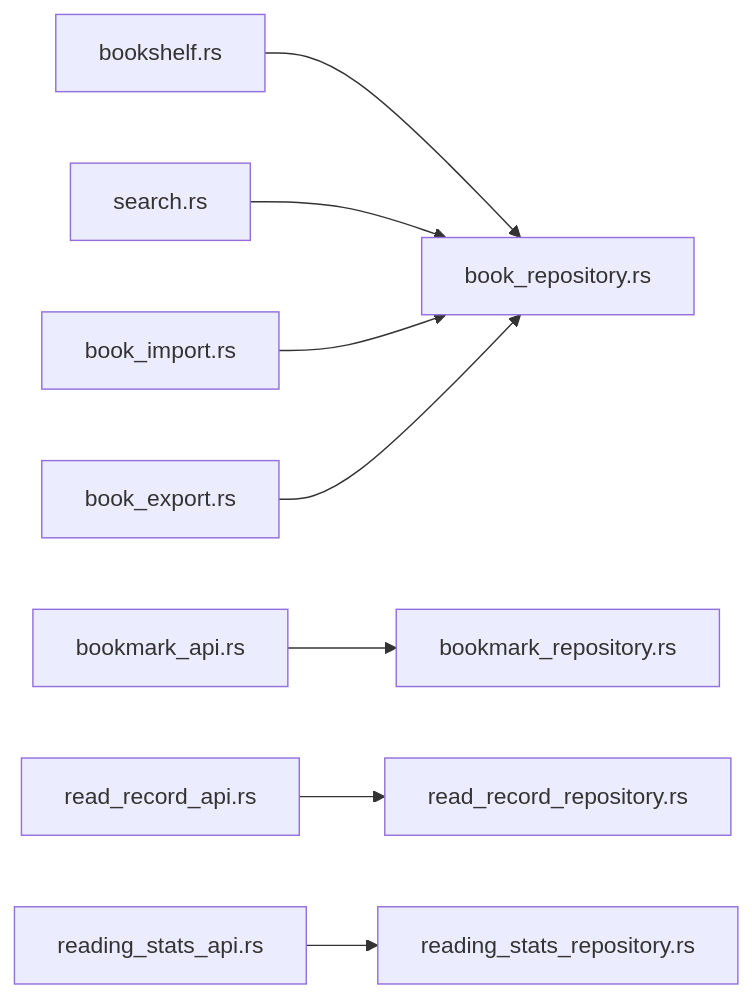
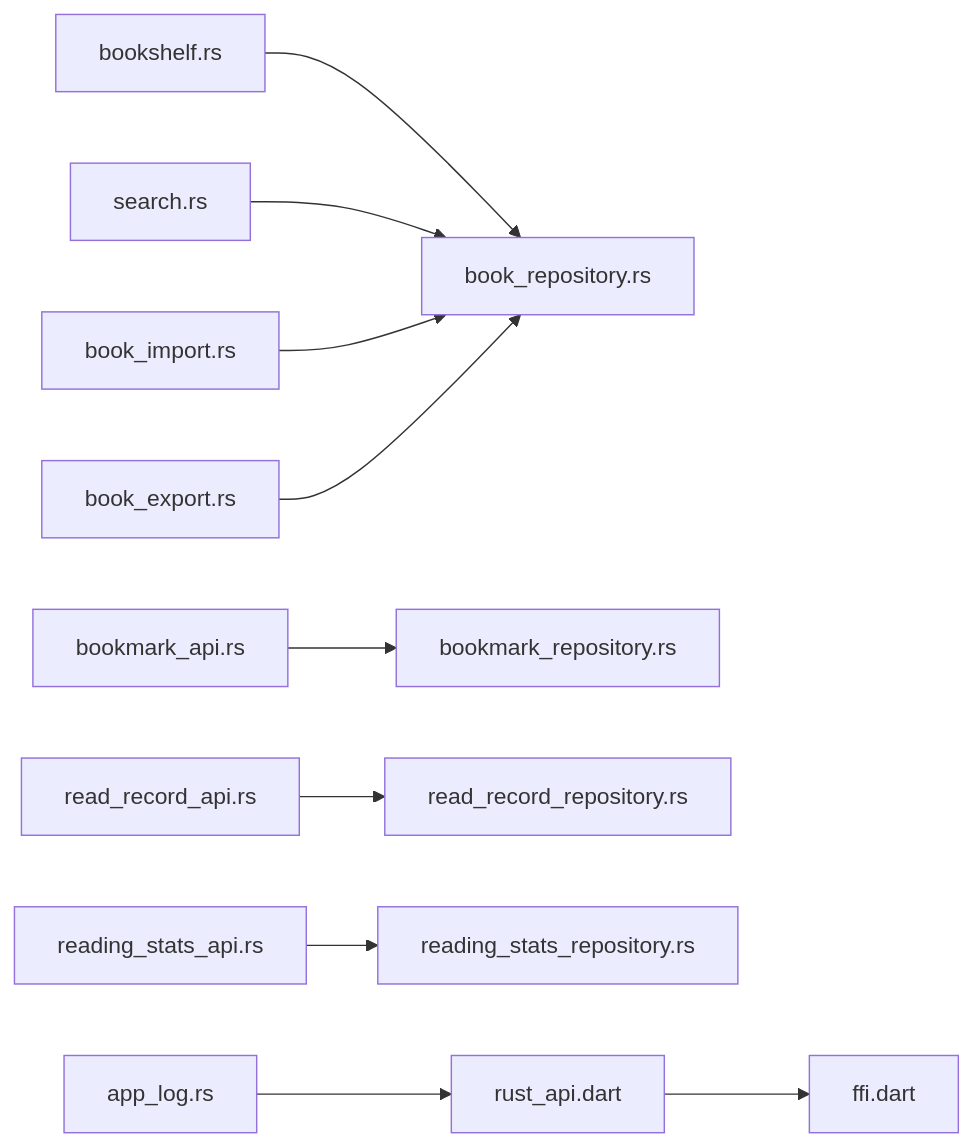
The fourth of 4 diagrams in .qoder/repowiki/zh/content/API参考/RESTful API接口/书籍管理API.md (ZhangGHGitHub/LegadoTeamFlutter), drawn with Mermaid before and after one commit. The commit also changed other lines of this file and 173 other files, not shown here.

````diff
--- a/.qoder/repowiki/zh/content/API参考/RESTful API接口/书籍管理API.md
+++ b/.qoder/repowiki/zh/content/API参考/RESTful API接口/书籍管理API.md
@@ -268,10 +337,12 @@
 ```mermaid
 graph LR
 Bookshelf["bookshelf.rs"] --> BookRepo["book_repository.rs"]
 Search["search.rs"] --> BookRepo
 Import["book_import.rs"] --> BookRepo
 Export["book_export.rs"] --> BookRepo
 Bookmark["bookmark_api.rs"] --> BookmarkRepo["bookmark_repository.rs"]
 ReadRecord["read_record_api.rs"] --> ReadRecordRepo["read_record_repository.rs"]
 Stats["reading_stats_api.rs"] --> StatsRepo["reading_stats_repository.rs"]
+AppLog["app_log.rs"] --> RustApi["rust_api.dart"]
+RustApi --> Ffi["ffi.dart"]
 ```
````
